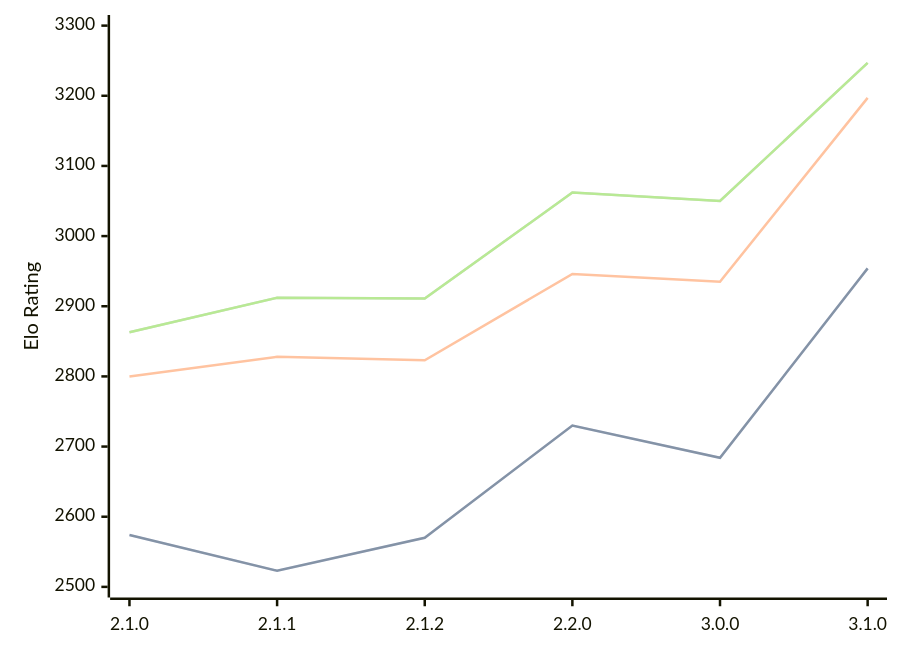
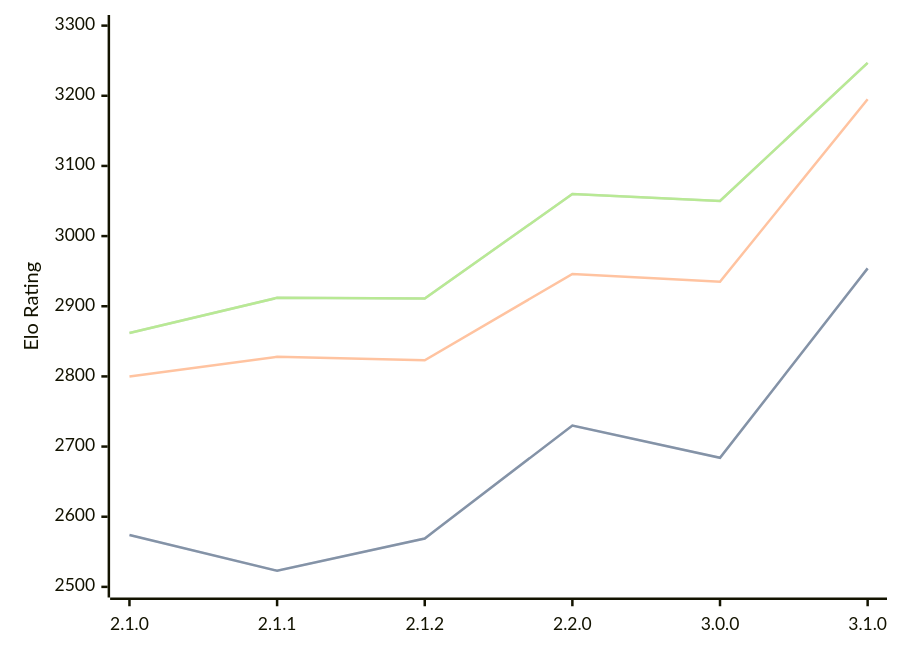
The diagram in engines/Prune.md (computer-chess-index/cci), drawn with Mermaid before and after one commit. The commit also changed other lines of this file, not shown here.

Commit message:
Update CCI Ratings (ELO VLTC) - 2026-02-14

````diff
--- a/engines/Prune.md
+++ b/engines/Prune.md
@@ -37,11 +37,11 @@
 ```mermaid
 %%{init: {"theme":"base","themeVariables":{"seriesColors:['#a3a3a3','#222221','#faa371']}}}%%
 xychart-beta
   x-axis ["2.1.0", "2.1.1", "2.1.2", "2.2.0", "3.0.0", "3.1.0"]
   y-axis "Elo Rating" 2500 --> 3300
-  line "STC (8.0+0.08s)" [2574, 2523, 2570, 2730, 2684, 2954]
-  line "STC (8.0+0.08s)" [2574, 2523, 2570, 2730, 2684, 2954]
-  line "LTC (60.0+0.60s)" [2800, 2828, 2823, 2946, 2935, 3197]
-  line "VLTC (2m24s+1.12s)" [2863, 2912, 2911, 3062, 3050, 3247]
-  line "VLTC (2m24s+1.12s)" [2863, 2912, 2911, 3062, 3050, 3247]
+  line "STC (8.0+0.08s)" [2574, 2523, 2569, 2730, 2684, 2954]
+  line "STC (8.0+0.08s)" [2574, 2523, 2569, 2730, 2684, 2954]
+  line "LTC (60.0+0.60s)" [2800, 2828, 2823, 2946, 2935, 3195]
+  line "VLTC (2m24s+1.12s)" [2862, 2912, 2911, 3060, 3050, 3247]
+  line "VLTC (2m24s+1.12s)" [2862, 2912, 2911, 3060, 3050, 3247]
 ```
````
